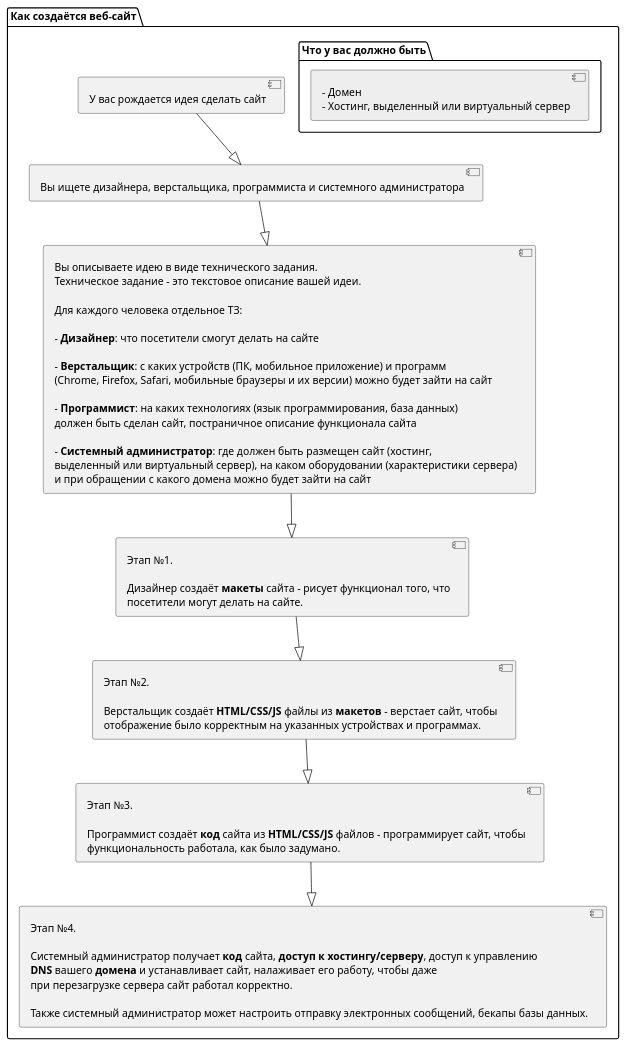
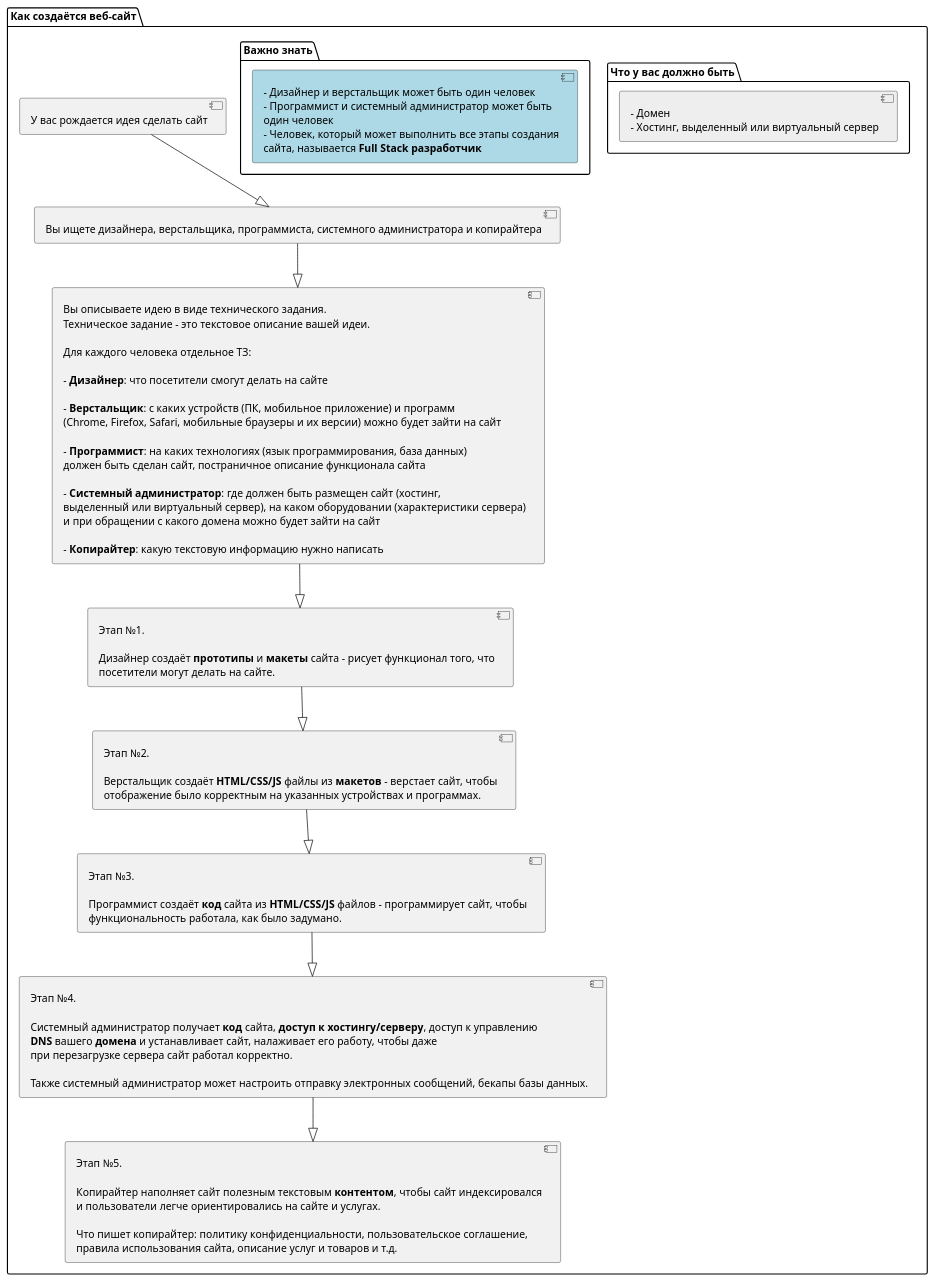
One commit to egorsmkv/useful-diagrams changed the diagram in src/how-website-is-creating.puml. Above: the diagram before and after it, drawn with PlantUML.

Commit message:
Update info

```diff
--- a/src/how-website-is-creating.puml
+++ b/src/how-website-is-creating.puml
@@ -1,75 +1,98 @@
 @startuml
 
 package "Как создаётся веб-сайт" {
 
     component "У вас рождается идея сделать сайт" as idea
 
-    component "Вы ищете дизайнера, верстальщика, программиста и системного администратора" as hr
+    component "Вы ищете дизайнера, верстальщика, программиста, системного администратора и копирайтера" as hr
 
     component spec [
         Вы описываете идею в виде технического задания.
         Техническое задание - это текстовое описание вашей идеи.
 
         Для каждого человека отдельное ТЗ:
 
         - **Дизайнер**: что посетители смогут делать на сайте
 
         - **Верстальщик**: с каких устройств (ПК, мобильное приложение) и программ
         (Chrome, Firefox, Safari, мобильные браузеры и их версии) можно будет зайти на сайт
 
         - **Программист**: на каких технологиях (язык программирования, база данных)
         должен быть сделан сайт, постраничное описание функционала сайта
 
         - **Системный администратор**: где должен быть размещен сайт (хостинг,
         выделенный или виртуальный сервер), на каком оборудовании (характеристики сервера)
         и при обращении с какого домена можно будет зайти на сайт
+
+        - **Копирайтер**: какую текстовую информацию нужно написать
     ]
 
     component designing [
         Этап №1.
 
-        Дизайнер создаёт **макеты** сайта - рисует функционал того, что
+        Дизайнер создаёт **прототипы** и **макеты** сайта - рисует функционал того, что
         посетители могут делать на сайте.
     ]
 
     component html [
         Этап №2.
 
         Верстальщик создаёт **HTML/CSS/JS** файлы из **макетов** - верстает сайт, чтобы
         отображение было корректным на указанных устройствах и программах.
     ]
 
     component coding [
         Этап №3.
 
         Программист создаёт **код** сайта из **HTML/CSS/JS** файлов - программирует сайт, чтобы
         функциональность работала, как было задумано.
     ]
 
     component sysadmin [
         Этап №4.
 
         Системный администратор получает **код** сайта, **доступ к хостингу/серверу**, доступ к управлению
         **DNS** вашего **домена** и устанавливает сайт, налаживает его работу, чтобы даже
         при перезагрузке сервера сайт работал корректно.
 
         Также системный администратор может настроить отправку электронных сообщений, бекапы базы данных.
     ]
 
+    component content [
+        Этап №5.
+
+        Копирайтер наполняет сайт полезным текстовым **контентом**, чтобы сайт индексировался
+        и пользователи легче ориентировались на сайте и услугах.
+
+        Что пишет копирайтер: политику конфиденциальности, пользовательское соглашение,
+        правила использования сайта, описание услуг и товаров и т.д.
+    ]
+
     idea --|> hr
     hr --|> spec
     spec --|> designing
     designing --|> html
     html --|> coding
     coding --|> sysadmin
+    sysadmin --|> content
 
     package "Что у вас должно быть" {
         component things #eeeeee [
             - Домен
             - Хостинг, выделенный или виртуальный сервер
         ]
     }
 
+     package "Важно знать" {
+        component info #lightblue [
+            - Дизайнер и верстальщик может быть один человек
+            - Программист и системный администратор может быть
+            один человек
+            - Человек, который может выполнить все этапы создания
+            сайта, называется **Full Stack разработчик**
+        ]
+     }
+
 }
 
 @enduml
```
